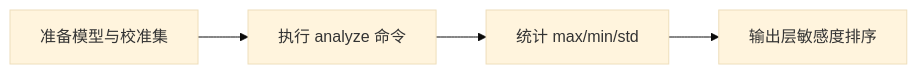
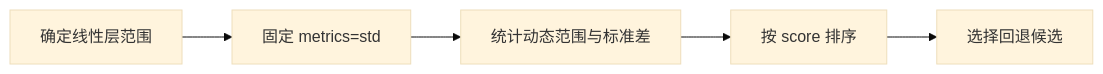
Before and after one commit to mindstudio-docs/master: the diagram in msmodelslim/docs/zh/knowledge_base/quantization_algorithms/std/usage_std.md, drawn with Mermaid (base theme). The commit also changed other lines of this file and 73 other files, not shown here.

````diff
--- a/msmodelslim/docs/zh/knowledge_base/quantization_algorithms/std/usage_std.md
+++ b/msmodelslim/docs/zh/knowledge_base/quantization_algorithms/std/usage_std.md
@@ -40,6 +23,7 @@
 ```mermaid
 flowchart LR
-    A[准备模型与校准集] --> B[执行 analyze 命令]
-    B --> C[统计 max/min/std]
-    C --> D[输出层敏感度排序]
+    A[确定线性层范围] --> B[固定 metrics=std]
+    B[固定 metrics=std] --> C[统计动态范围与标准差]
+    C[统计动态范围与标准差] --> D[按 score 排序]
+    D[按 score 排序] --> E[选择回退候选]
 ```
````
